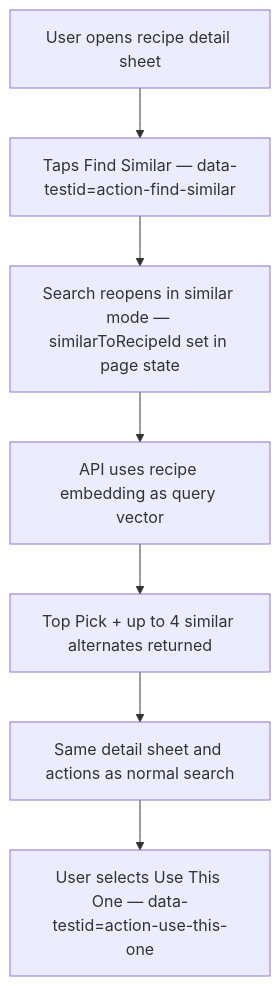
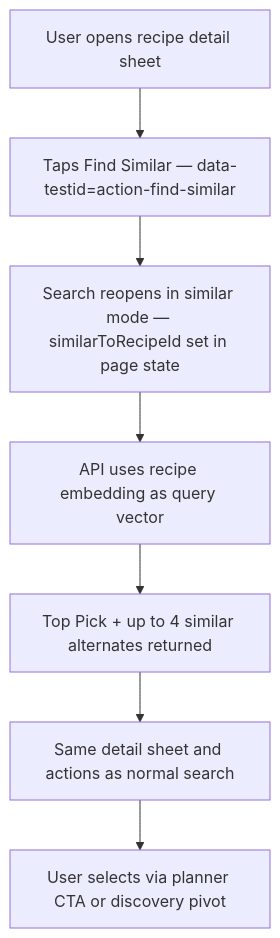
The fourth of 6 diagrams in docs/flows/user-flows/recipe-search-and-library-recovery.md (AlexandreBrisebois/whats-for-supper), drawn with Mermaid before and after one commit. The commit also changed other lines of this file and 17 other files, not shown here.

First line of the commit message:
feat: update recipe action buttons and add action pivot for planning

````diff
--- a/docs/flows/user-flows/recipe-search-and-library-recovery.md
+++ b/docs/flows/user-flows/recipe-search-and-library-recovery.md
@@ -125,9 +164,9 @@
 ```mermaid
 flowchart TD
     A[User opens recipe detail sheet] --> B[Taps Find Similar — data-testid=action-find-similar]
     B --> C[Search reopens in similar mode — similarToRecipeId set in page state]
     C --> D[API uses recipe embedding as query vector]
     D --> E[Top Pick + up to 4 similar alternates returned]
     E --> F[Same detail sheet and actions as normal search]
-    F --> G[User selects Use This One — data-testid=action-use-this-one]
+    F --> G[User selects via planner CTA or discovery pivot]
 ```
````
